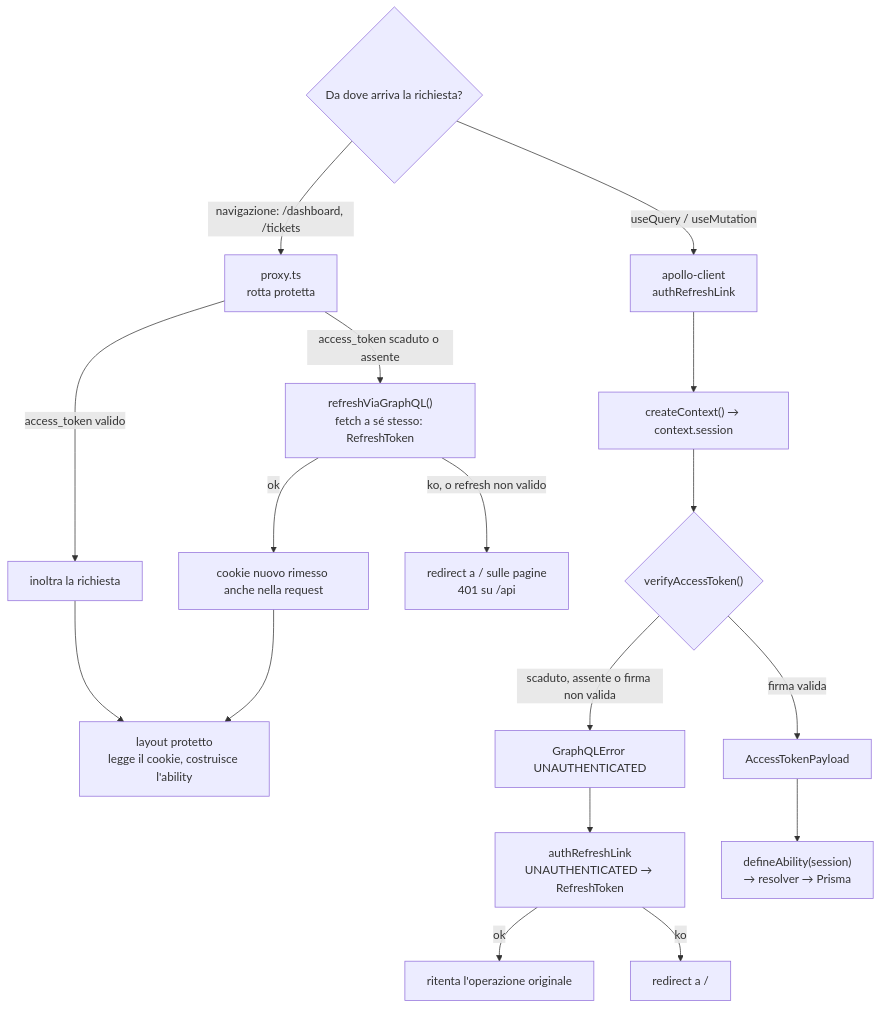
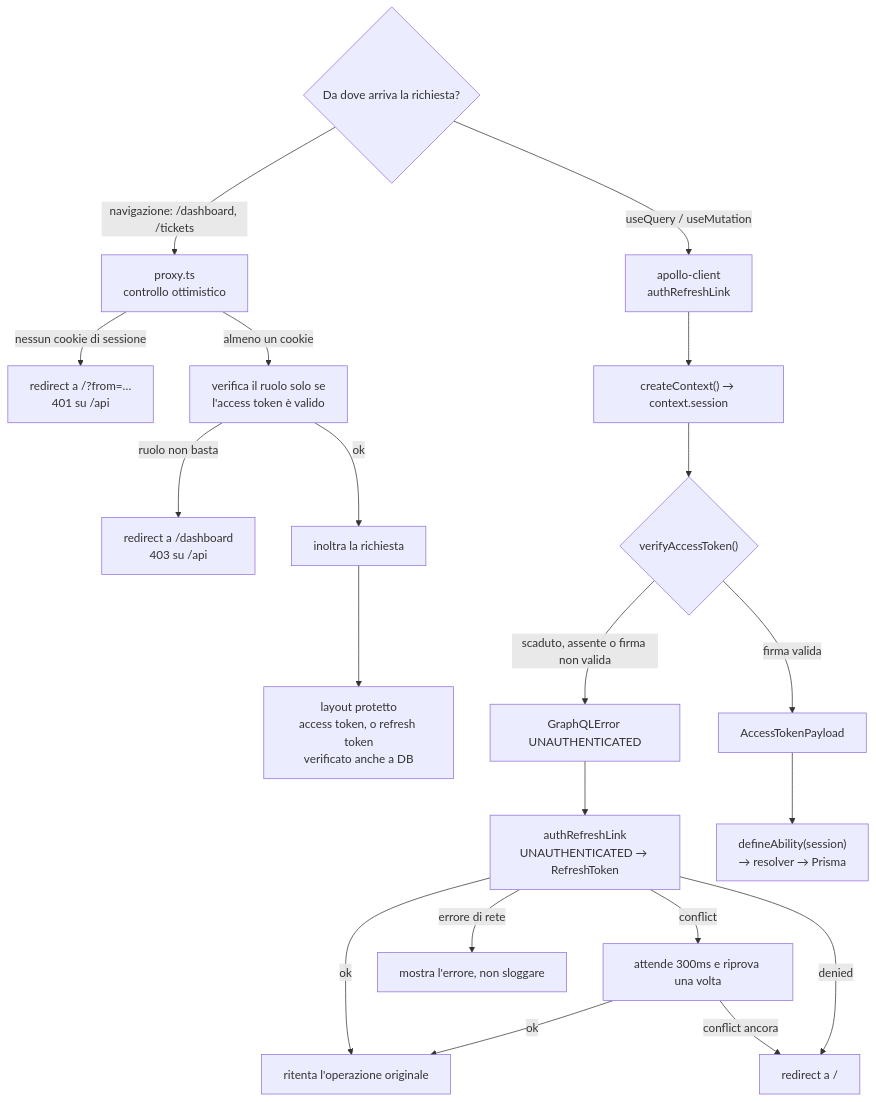
Before and after one commit to angelapedicini/helpdesk: the second of 2 diagrams in docs/architecture/auth.md, drawn with Mermaid. The commit also changed other lines of this file and 12 other files, not shown here.

Commit message:
token ok, documentazione auth ok, aggiunta mock dashboard

````diff
--- a/docs/architecture/auth.md
+++ b/docs/architecture/auth.md
@@ -93,25 +108,28 @@
 ```mermaid
 flowchart TD
   Q{"Da dove arriva la richiesta?"}
 
-  Q -->|"navigazione: /dashboard, /tickets"| P1["proxy.ts<br/>rotta protetta"]
+  Q -->|"navigazione: /dashboard, /tickets"| P1["proxy.ts<br/>controllo ottimistico"]
   Q -->|"useQuery / useMutation"| P2["apollo-client<br/>authRefreshLink"]
 
-  P1 -->|access_token valido| RQ["inoltra la richiesta"]
-  P1 -->|access_token scaduto o assente| RF["refreshViaGraphQL()<br/>fetch a sé stesso: RefreshToken"]
-  RF -->|ok| RW["cookie nuovo rimesso anche nella request"]
-  RF -->|ko, o refresh non valido| E401["redirect a / sulle pagine<br/>401 su /api"]
-  RQ --> LAY["layout protetto<br/>legge il cookie, costruisce l'ability"]
-  RW --> LAY
+  P1 -->|nessun cookie di sessione| E401["redirect a /?from=…<br/>401 su /api"]
+  P1 -->|almeno un cookie| RP["verifica il ruolo solo se<br/>l'access token è valido"]
+  RP -->|ruolo non basta| F["redirect a /dashboard<br/>403 su /api"]
+  RP -->|ok| RQ["inoltra la richiesta"]
+  RQ --> LAY["layout protetto<br/>access token, o refresh token<br/>verificato anche a DB"]
 
   P2 --> RS["createContext() → context.session"]
   RS --> SS{"verifyAccessToken()"}
   SS -->|firma valida| PAY["AccessTokenPayload"]
   SS -->|scaduto, assente o firma non valida| NA["GraphQLError UNAUTHENTICATED"]
 
   NA --> RL["authRefreshLink<br/>UNAUTHENTICATED → RefreshToken"]
   RL -->|ok| RT["ritenta l'operazione originale"]
-  RL -->|ko| L["redirect a /"]
+  RL -->|conflict| CF["attende 300ms e riprova una volta"]
+  CF -->|ok| RT
+  CF -->|conflict ancora| L["redirect a /"]
+  RL -->|denied| L
+  RL -->|errore di rete| K["mostra l'errore, non sloggare"]
 
   PAY --> AB["defineAbility(session)<br/>→ resolver → Prisma"]
 ```
````
